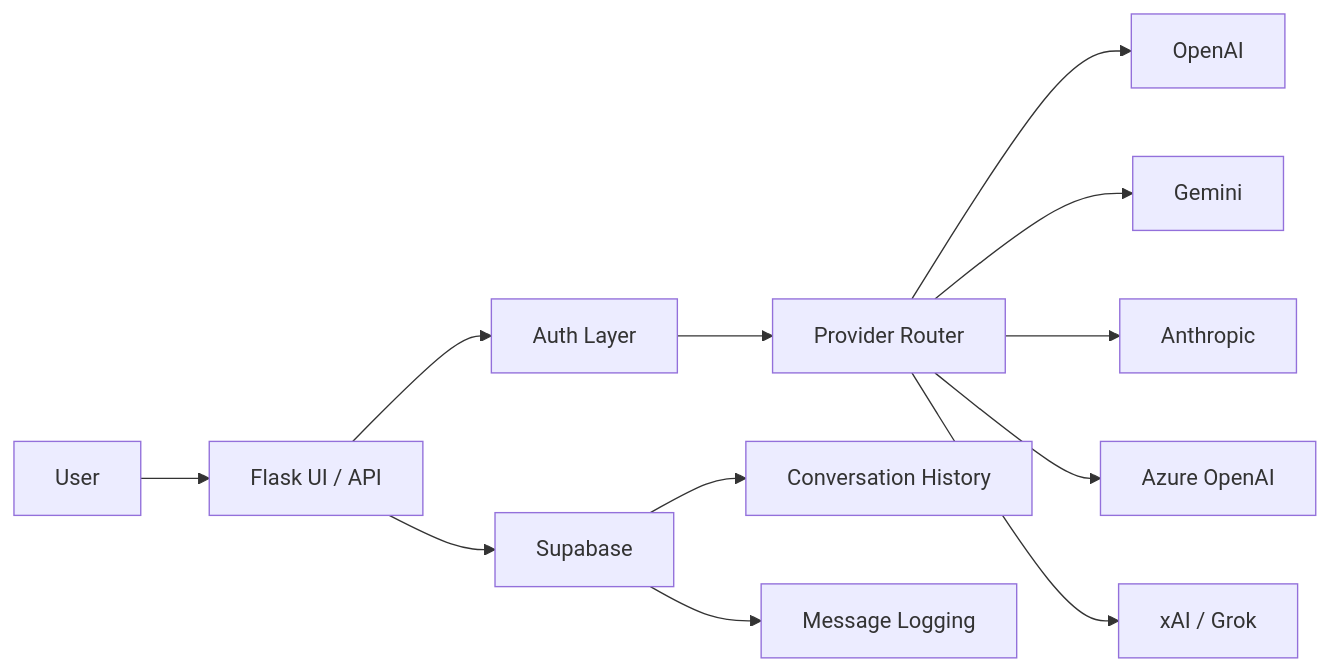
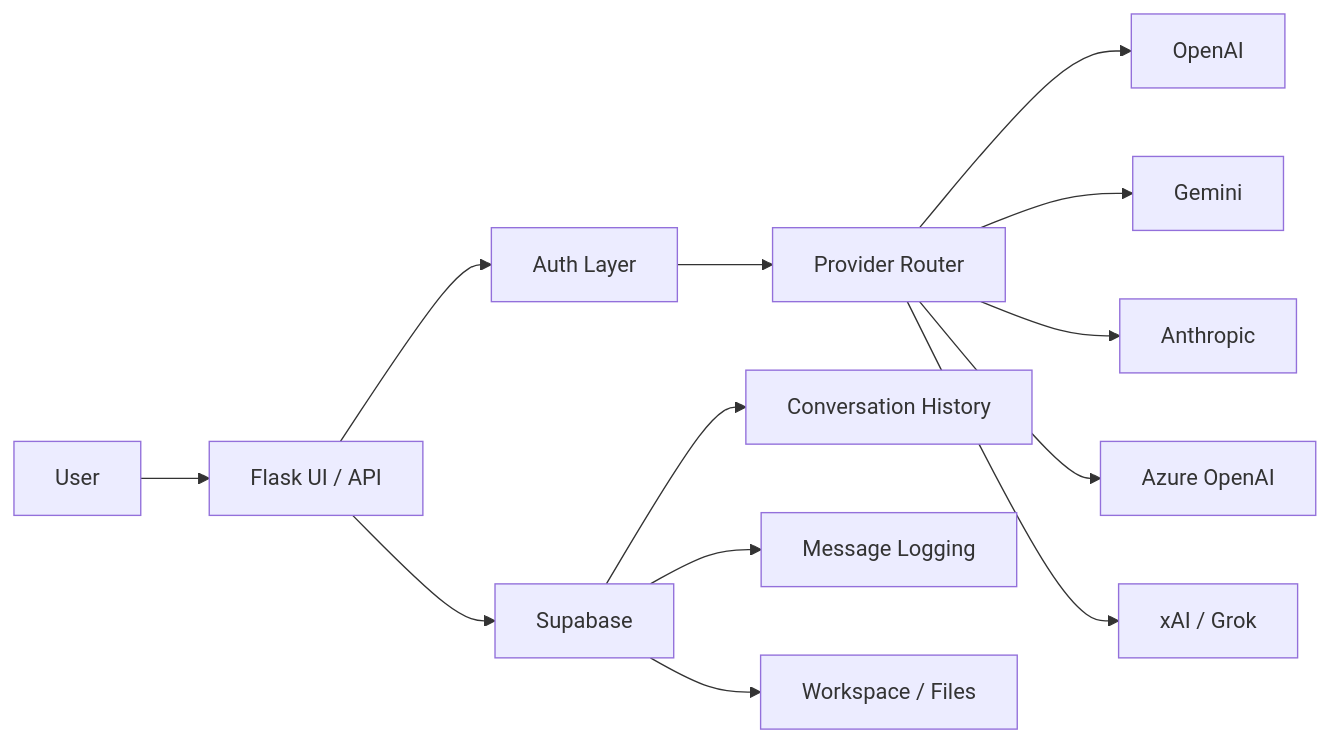
One commit to shinwookyi-oss/ai-hub changed the diagram in README.md. Above: the diagram before and after it, drawn with Mermaid. The commit also changed other lines of this file and 2 other files, not shown here.

````diff
--- a/README.md
+++ b/README.md
@@ -185,14 +217,15 @@
 ```mermaid
 graph LR
     A[User] --> B[Flask UI / API]
     B --> C[Auth Layer]
     C --> D[Provider Router]
     D --> E[OpenAI]
     D --> F[Gemini]
     D --> G[Anthropic]
     D --> H[Azure OpenAI]
     D --> I[xAI / Grok]
     B --> J[Supabase]
     J --> K[Conversation History]
     J --> L[Message Logging]
+    J --> M[Workspace / Files]
 ```
````
